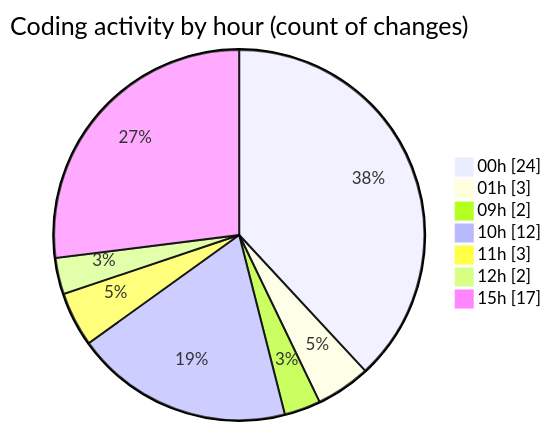
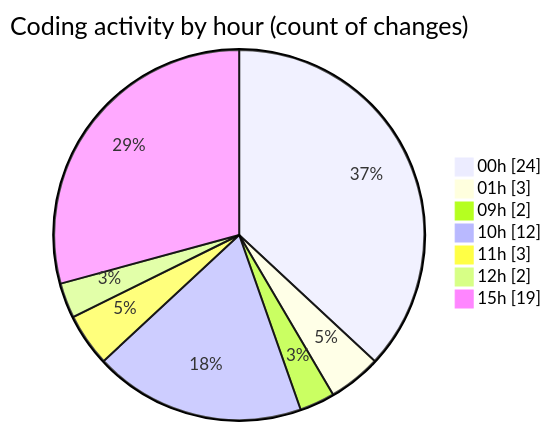
One commit to julien-gomy/code-tracking changed the second of 2 diagrams in 2025-11-24/eventscop-frontend-guide__workspace_/README.md. Above: the diagram before and after it, drawn with Mermaid. The commit also changed other lines of this file and 1 other file, not shown here.

````diff
--- a/2025-11-24/eventscop-frontend-guide__workspace_/README.md
+++ b/2025-11-24/eventscop-frontend-guide__workspace_/README.md
@@ -43,11 +43,11 @@
 ```mermaid
 pie showData
 title Coding activity by hour (count of changes)
 "00h" : 24
 "01h" : 3
 "09h" : 2
 "10h" : 12
 "11h" : 3
 "12h" : 2
-"15h" : 17
+"15h" : 19
 ```
````
